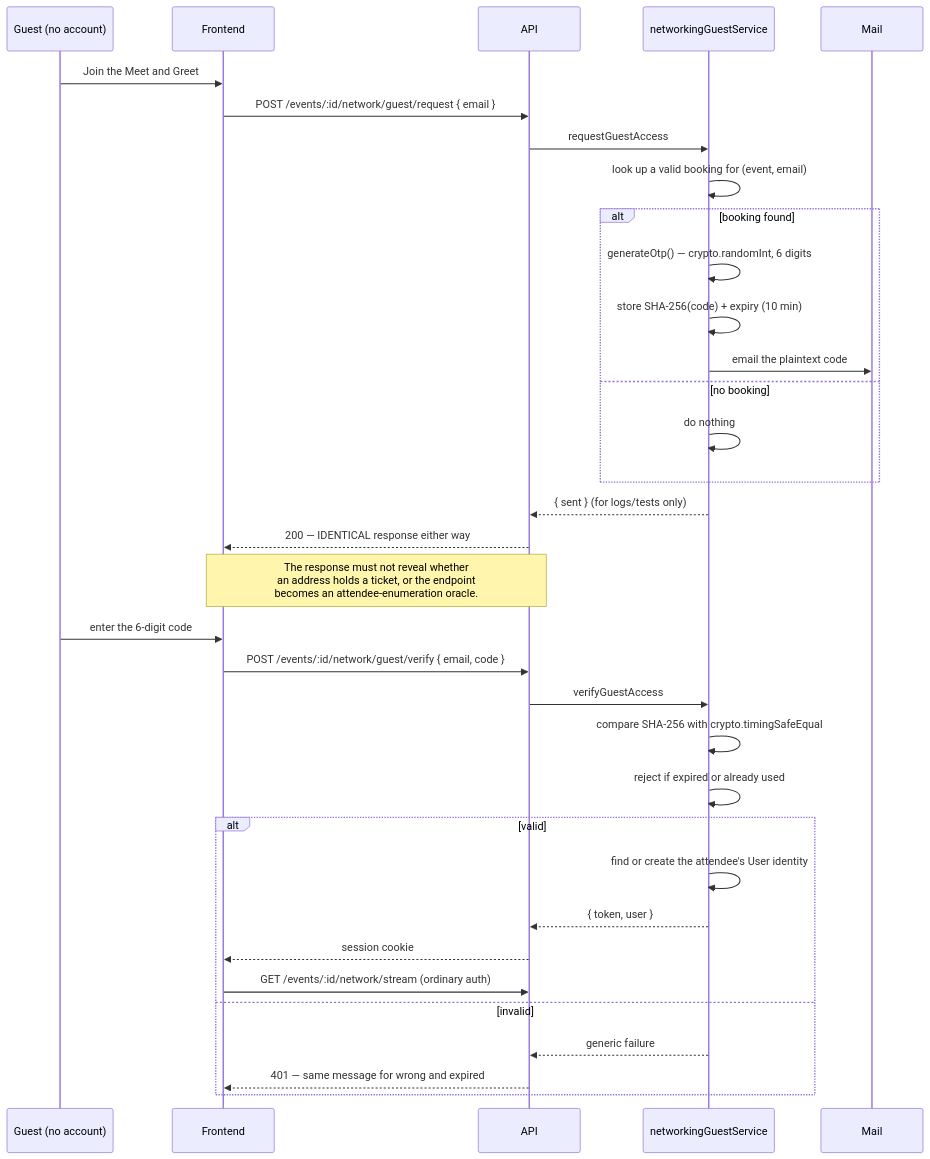
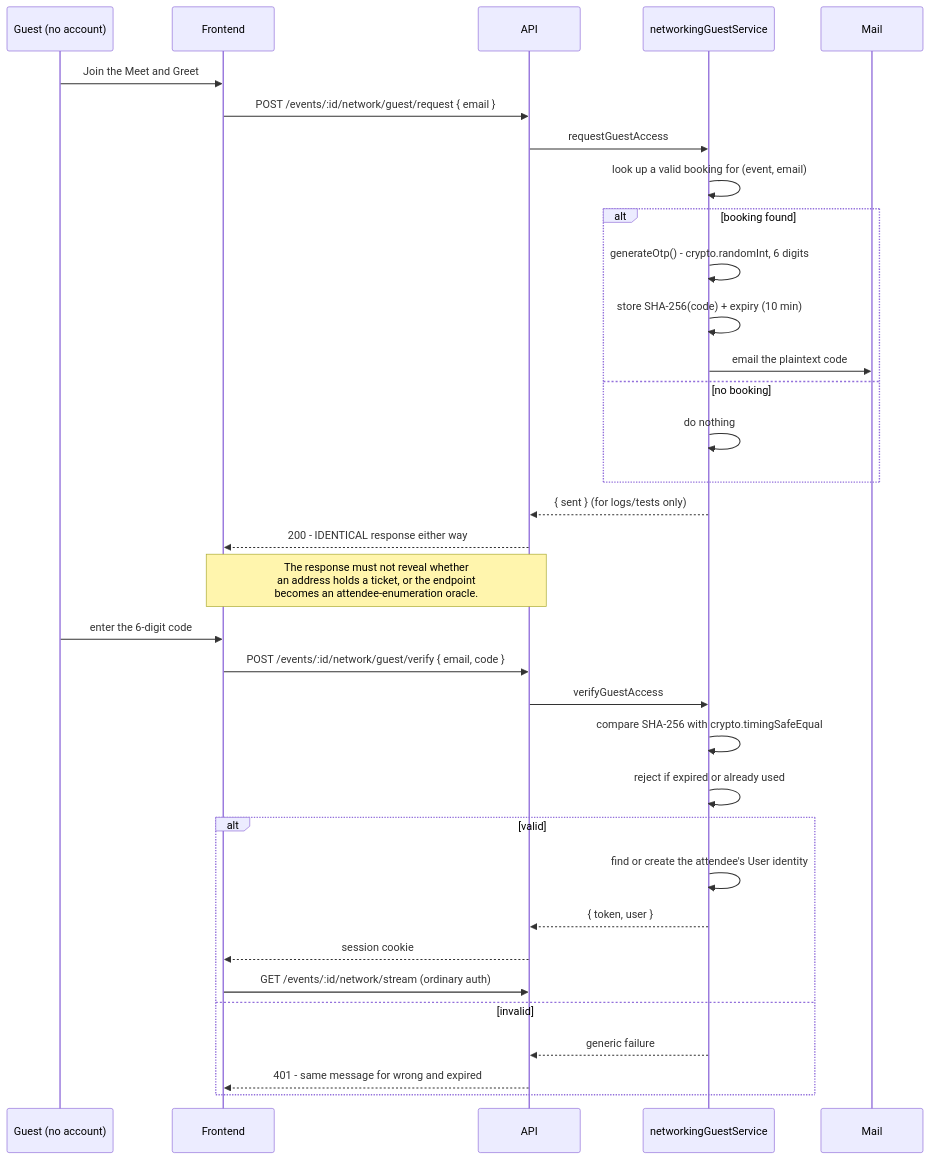
One commit to dLuxKid/ticketflow changed the eighth of 8 diagrams in docs/design-models.md. Above: the diagram before and after it, drawn with Mermaid. The commit also changed other lines of this file and 191 other files, not shown here.

````diff
--- a/docs/design-models.md
+++ b/docs/design-models.md
@@ -348,41 +348,41 @@
 ```mermaid
 sequenceDiagram
     participant G as Guest (no account)
     participant F as Frontend
     participant A as API
     participant S as networkingGuestService
     participant M as Mail
 
     G->>F: Join the Meet and Greet
     F->>A: POST /events/:id/network/guest/request { email }
     A->>S: requestGuestAccess
     S->>S: look up a valid booking for (event, email)
 
     alt booking found
-        S->>S: generateOtp() — crypto.randomInt, 6 digits
+        S->>S: generateOtp() - crypto.randomInt, 6 digits
         S->>S: store SHA-256(code) + expiry (10 min)
         S->>M: email the plaintext code
     else no booking
         S->>S: do nothing
     end
 
     S-->>A: { sent } (for logs/tests only)
-    A-->>F: 200 — IDENTICAL response either way
+    A-->>F: 200 - IDENTICAL response either way
     Note over A,F: The response must not reveal whether<br/>an address holds a ticket, or the endpoint<br/>becomes an attendee-enumeration oracle.
 
     G->>F: enter the 6-digit code
     F->>A: POST /events/:id/network/guest/verify { email, code }
     A->>S: verifyGuestAccess
     S->>S: compare SHA-256 with crypto.timingSafeEqual
     S->>S: reject if expired or already used
 
     alt valid
         S->>S: find or create the attendee's User identity
         S-->>A: { token, user }
         A-->>F: session cookie
         F->>A: GET /events/:id/network/stream (ordinary auth)
     else invalid
         S-->>A: generic failure
-        A-->>F: 401 — same message for wrong and expired
+        A-->>F: 401 - same message for wrong and expired
     end
 ```
````
